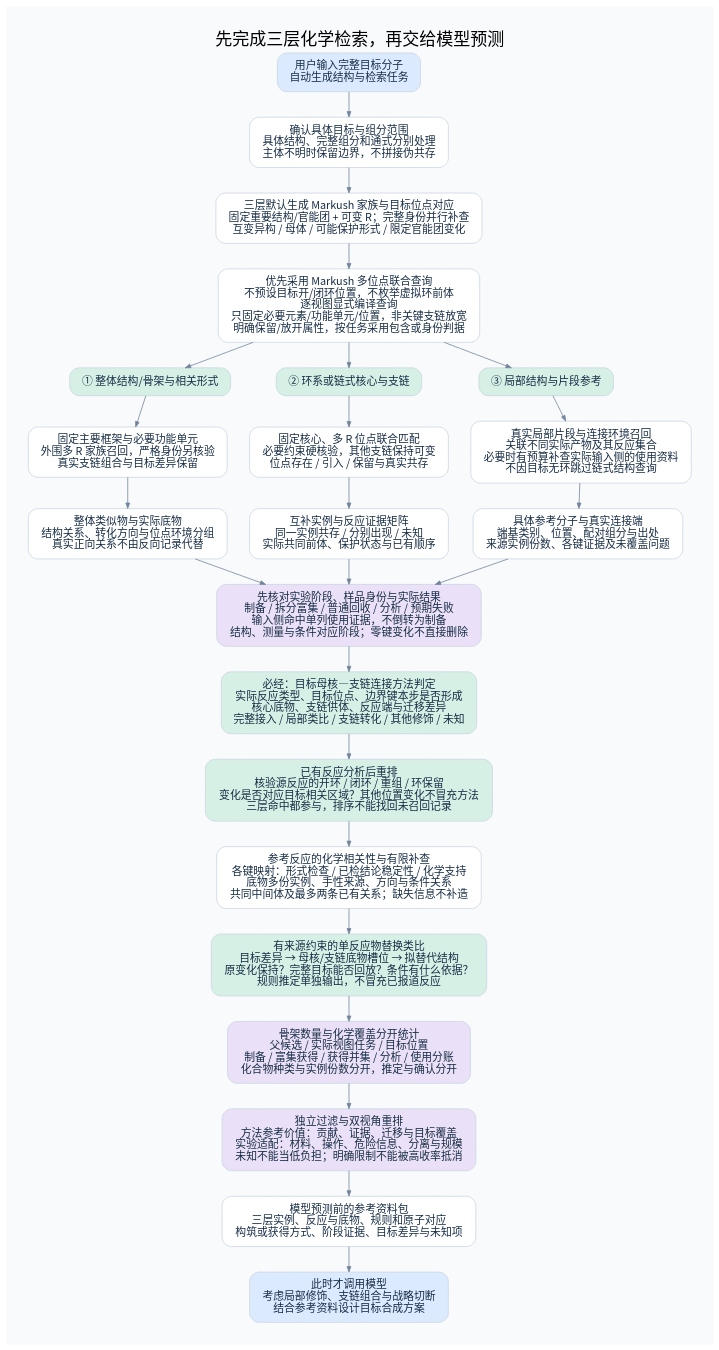
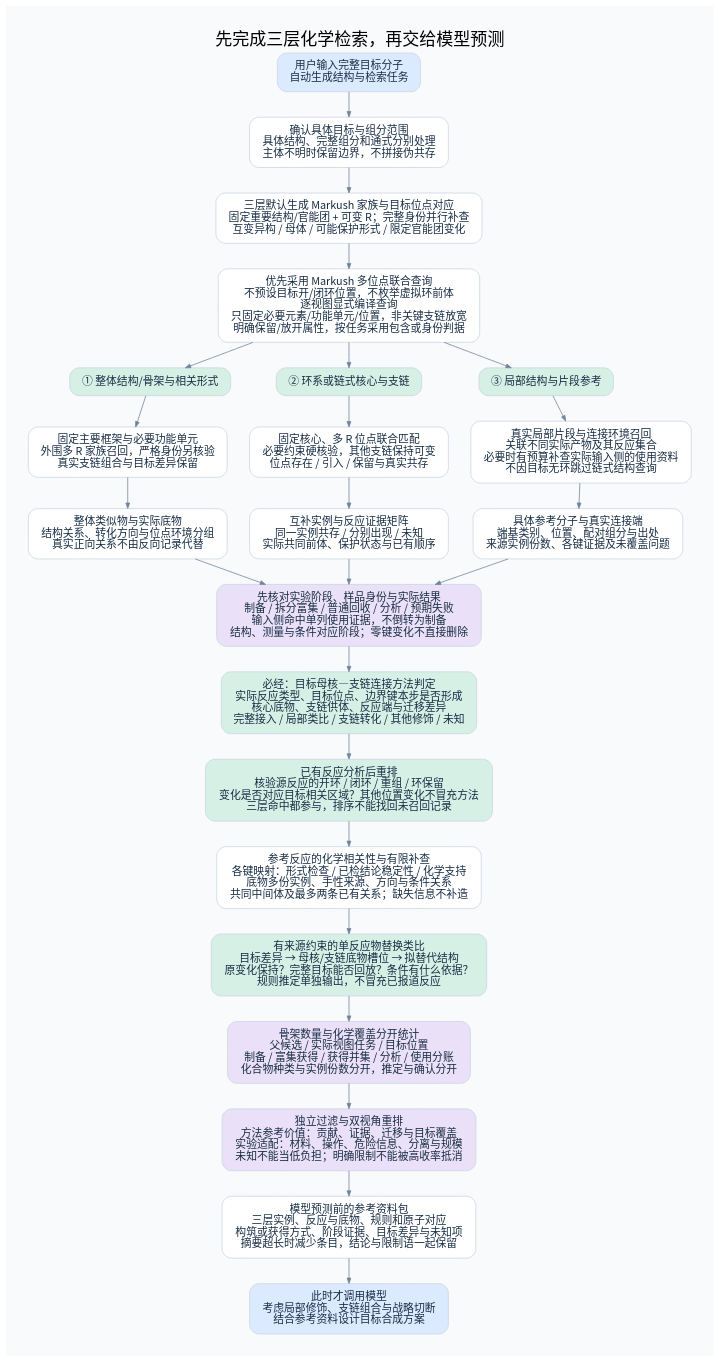
One commit to 825728139/substructure_search changed the diagram in diagrams/scaffold-search.dot. Above: the diagram before and after it, drawn with Graphviz. The commit also changed 20 other files, not shown here.

```diff
--- a/diagrams/scaffold-search.dot
+++ b/diagrams/scaffold-search.dot
@@ -1,84 +1,85 @@
 digraph G {
 
 graph [rankdir=TB, bgcolor="#F8FAFC", pad="0.4", nodesep="0.40", ranksep="0.46", fontname="Noto Sans CJK SC", fontsize=22, labelloc=t];
 node [shape=box, style="rounded,filled", fillcolor="white", color="#CAD5E2", fontcolor="#172D45", fontname="Noto Sans CJK SC", fontsize=14, margin="0.20,0.14"];
 edge [color="#72849B", arrowsize=0.7, fontname="Noto Sans CJK SC", fontsize=11, fontcolor="#526477"];
 
 label="先完成三层化学检索，再交给模型预测";
 a [label="用户输入完整目标分子
 自动生成结构与检索任务", fillcolor="#DBEAFE"];
 b [label="三层默认生成 Markush 家族与目标位点对应
 固定重要结构/官能团 + 可变 R；完整身份并行补查
 互变异构 / 母体 / 可能保护形式 / 限定官能团变化"];
 g [label="① 整体结构/骨架与相关形式", fillcolor="#D6F0E5"];
 c [label="② 环系或链式核心与支链", fillcolor="#D6F0E5"];
 f [label="③ 局部结构与片段参考", fillcolor="#D6F0E5"];
 g1 [label="固定主要框架与必要功能单元
 外围多 R 家族召回，严格身份另核验
 真实支链组合与目标差异保留"];
 c1 [label="固定核心、多 R 位点联合匹配
 必要约束硬核验，其他支链保持可变
 位点存在 / 引入 / 保留与真实共存"];
 f1 [label="真实局部片段与连接环境召回
 关联不同实际产物及其反应集合
 必要时有预算补查实际输入侧的使用资料
 不因目标无环跳过链式结构查询"];
 g2 [label="整体类似物与实际底物
 结构关系、转化方向与位点环境分组
 真实正向关系不由反向记录代替"];
 c2 [label="互补实例与反应证据矩阵
 同一实例共存 / 分别出现 / 未知
 实际共同前体、保护状态与已有顺序"];
 f2 [label="具体参考分子与真实连接端
 端基类别、位置、配对组分与出处
 来源实例份数、各键证据及未覆盖问题"];
 roles [label="先核对实验阶段、样品身份与实际结果
 制备 / 拆分富集 / 普通回收 / 分析 / 预期失败
 输入侧命中单列使用证据，不倒转为制备
 结构、测量与条件对应阶段；零键变化不直接删除", fillcolor="#EAE0F7"];
 quality [label="参考反应的化学相关性与有限补查
 各键映射：形式检查 / 已检结论稳定性 / 化学支持
 底物多份实例、手性来源、方向与条件关系
 共同中间体及最多两条已有关系；缺失信息不补造"];
 stats [label="骨架数量与化学覆盖分开统计
 父候选 / 实际视图任务 / 目标位置
 制备 / 富集获得 / 获得并集 / 分析 / 使用分账
 化合物种类与实例份数分开，推定与确认分开", fillcolor="#EAE0F7"];
 pack [label="模型预测前的参考资料包
 三层实例、反应与底物、规则和原子对应
-构筑或获得方式、阶段证据、目标差异与未知项"];
+构筑或获得方式、阶段证据、目标差异与未知项
+摘要超长时减少条目，结论与限制语一起保留"];
 model [label="此时才调用模型
 考虑局部修饰、支链组合与战略切断
 结合参考资料设计目标合成方案", fillcolor="#DBEAFE"];
 input_scope [label="确认具体目标与组分范围
 具体结构、完整组分和通式分别处理
 主体不明时保留边界，不拼接伪共存"];
 a -> input_scope -> b;
 compiled [label="优先采用 Markush 多位点联合查询
 不预设目标开/闭环位置，不枚举虚拟环前体
 逐视图显式编译查询
 只固定必要元素/功能单元/位置，非关键支链放宽
 明确保留/放开属性，按任务采用包含或身份判据"];
 b -> compiled; compiled -> g; compiled -> c; compiled -> f;
 g -> g1 -> g2;
 c -> c1 -> c2;
 f -> f1 -> f2;
 g2 -> roles; c2 -> roles; f2 -> roles;
 attachment [label="必经：目标母核—支链连接方法判定
 实际反应类型、目标位点、边界键本步是否形成
 核心底物、支链供体、反应端与迁移差异
 完整接入 / 局部类比 / 支链转化 / 其他修饰 / 未知", fillcolor="#D6F0E5"];
 transfer [label="有来源约束的单反应物替换类比
 目标差异 → 母核/支链底物槽位 → 拟替代结构
 原变化保持？完整目标能否回放？条件有什么依据？
 规则推定单独输出，不冒充已报道反应", fillcolor="#D6F0E5"];
 topology_assessment [label="已有反应分析后重排
 核验源反应的开环 / 闭环 / 重组 / 环保留
 变化是否对应目标相关区域？其他位置变化不冒充方法
 三层命中都参与，排序不能找回未召回记录", fillcolor="#D6F0E5"];
 ranking [label="独立过滤与双视角重排
 方法参考价值：贡献、证据、迁移与目标覆盖
 实验适配：材料、操作、危险信息、分离与规模
 未知不能当低负担；明确限制不能被高收率抵消", fillcolor="#EAE0F7"];
 roles -> attachment -> topology_assessment -> quality -> transfer -> stats -> ranking -> pack -> model;
 }
```
